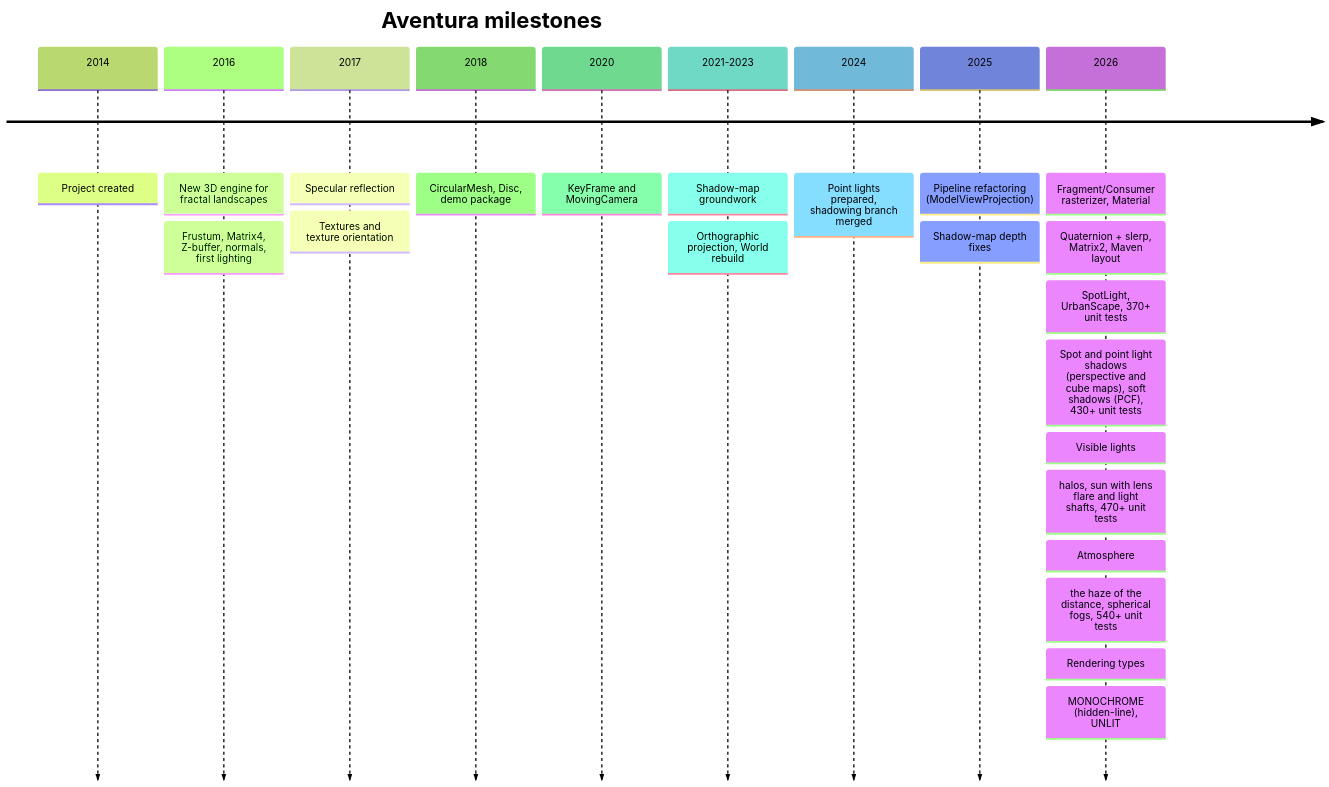
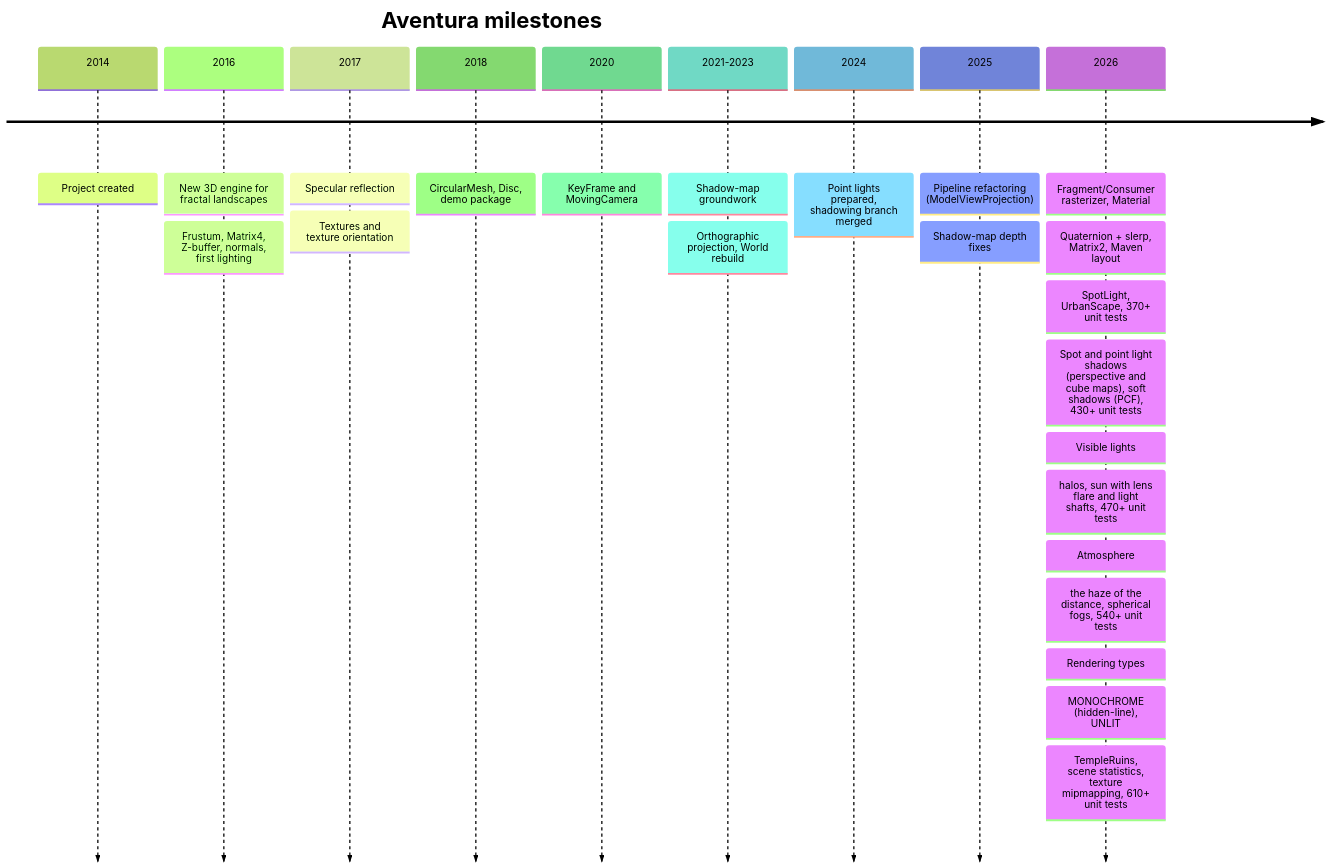
One commit to obarry/Aventura changed diagram 20 of 22 in docs/DESIGN.md. Above: the diagram before and after it, drawn with Mermaid (forest theme). The commit also changed other lines of this file and 23 other files, not shown here.

First line of the commit message:
Add texture mipmapping (trilinear filtering)

````diff
--- a/docs/DESIGN.md
+++ b/docs/DESIGN.md
@@ -959,23 +985,24 @@
 ```mermaid
 timeline
     title Aventura milestones
     2014 : Project created
     2016 : New 3D engine for fractal landscapes
          : Frustum, Matrix4, Z-buffer, normals, first lighting
     2017 : Specular reflection
          : Textures and texture orientation
     2018 : CircularMesh, Disc, demo package
     2020 : KeyFrame and MovingCamera
     2021-2023 : Shadow-map groundwork
               : Orthographic projection, World rebuild
     2024 : Point lights prepared, shadowing branch merged
     2025 : Pipeline refactoring (ModelViewProjection)
          : Shadow-map depth fixes
     2026 : Fragment/Consumer rasterizer, Material
          : Quaternion + slerp, Matrix2, Maven layout
          : SpotLight, UrbanScape, 370+ unit tests
          : Spot and point light shadows (perspective and cube maps), soft shadows (PCF), 430+ unit tests
          : Visible lights: halos, sun with lens flare and light shafts, 470+ unit tests
          : Atmosphere: the haze of the distance, spherical fogs, 540+ unit tests
          : Rendering types: MONOCHROME (hidden-line), UNLIT
+         : TempleRuins, scene statistics, texture mipmapping, 610+ unit tests
 ```
````
